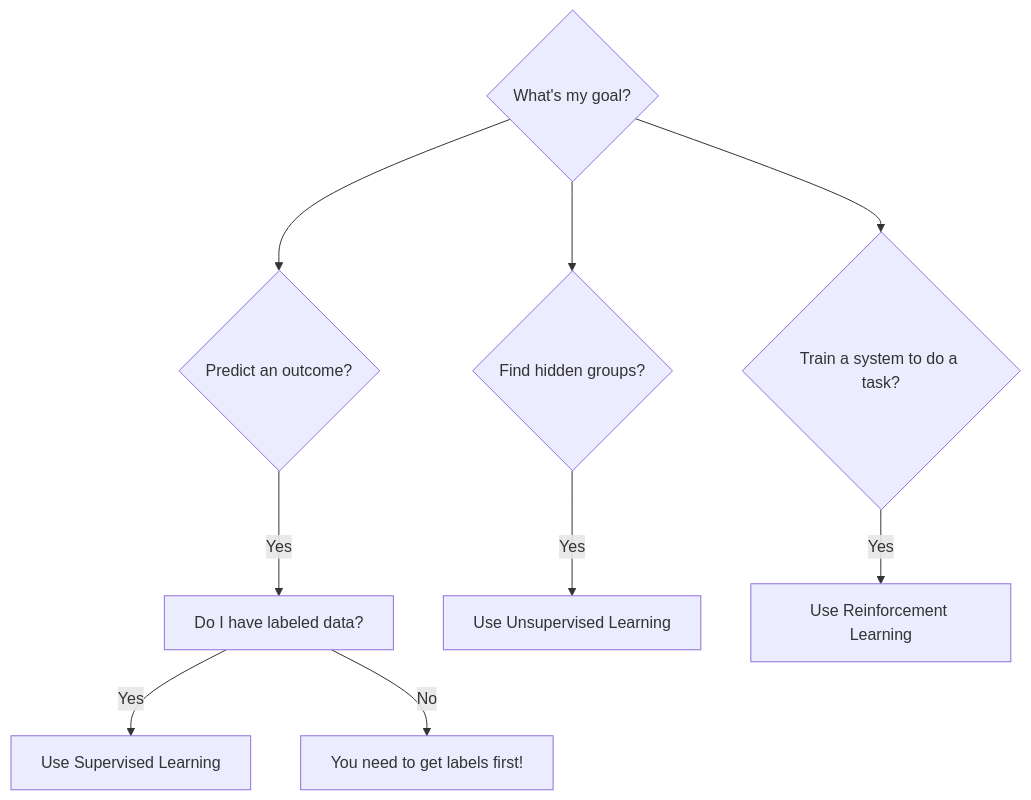
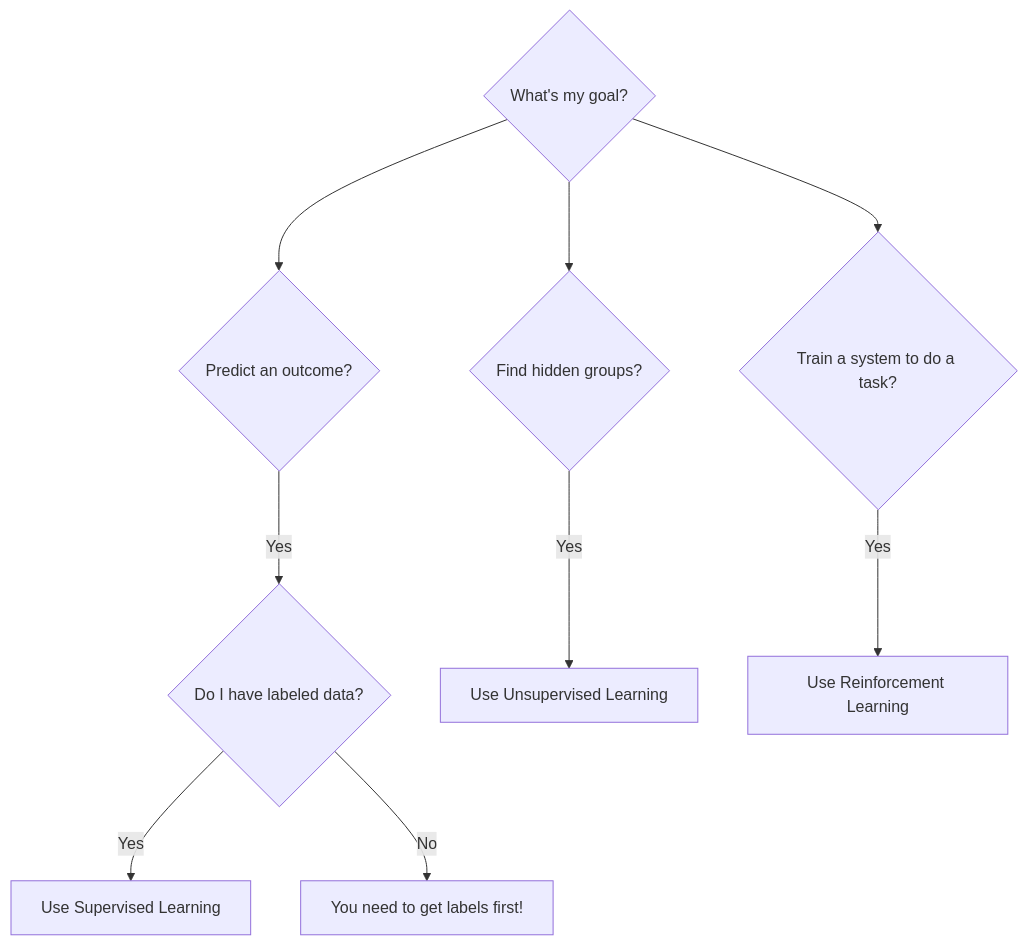
Before and after one commit to eltay89/eltay89.github.io: the fourth of 4 diagrams in _posts/2025-08-04-learning-types-explained.md, drawn with Mermaid. The commit also changed other lines of this file, not shown here.

````diff
--- a/_posts/2025-08-04-learning-types-explained.md
+++ b/_posts/2025-08-04-learning-types-explained.md
@@ -189,13 +189,13 @@
 ```mermaid
 graph TD
-    A{What's my goal?} --> B{Predict an outcome?}
-    A --> C{Find hidden groups?}
-    A --> D{Train a system to do a task?}
+    A{"What's my goal?"} --> B{"Predict an outcome?"}
+    A --> C{"Find hidden groups?"}
+    A --> D{"Train a system to do a task?"}
 
-    B -- Yes --> F[Do I have labeled data?]
-    F -- Yes --> G[Use Supervised Learning]
-    F -- No --> H[You need to get labels first!]
+    B -- Yes --> F{"Do I have labeled data?"}
+    F -- Yes --> G["Use Supervised Learning"]
+    F -- No --> H["You need to get labels first!"]
     
-    C -- Yes --> I[Use Unsupervised Learning]
-    D -- Yes --> J[Use Reinforcement Learning]
+    C -- Yes --> I["Use Unsupervised Learning"]
+    D -- Yes --> J["Use Reinforcement Learning"]
 ```
````
